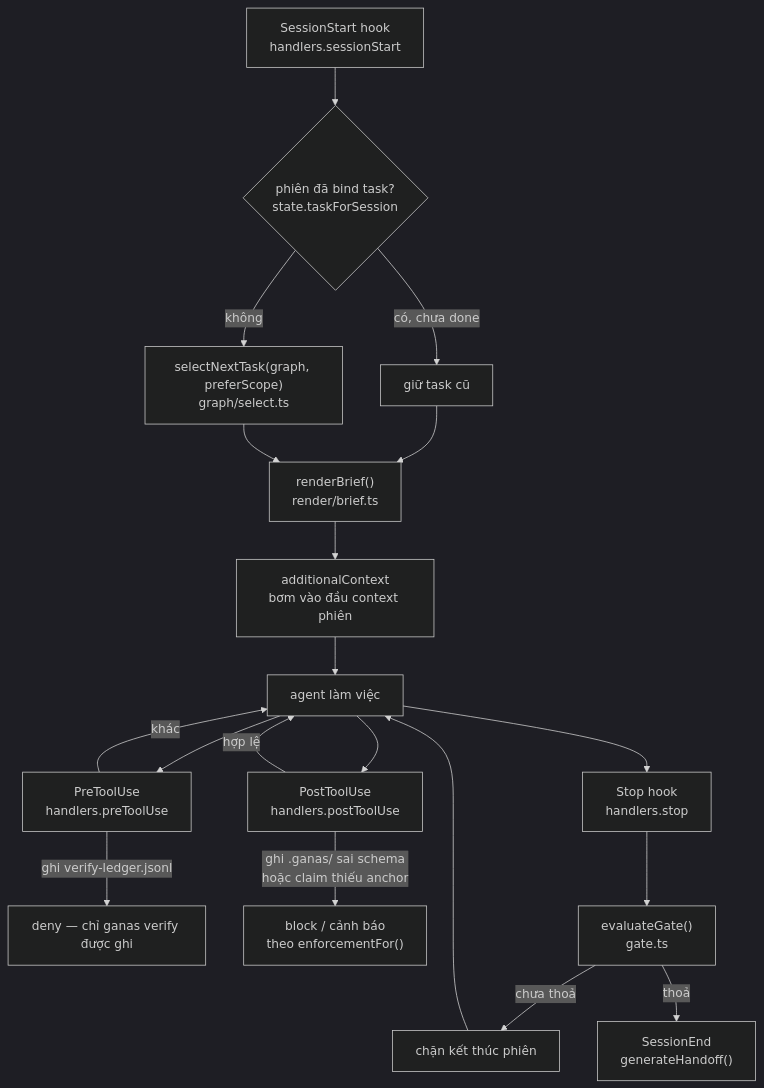
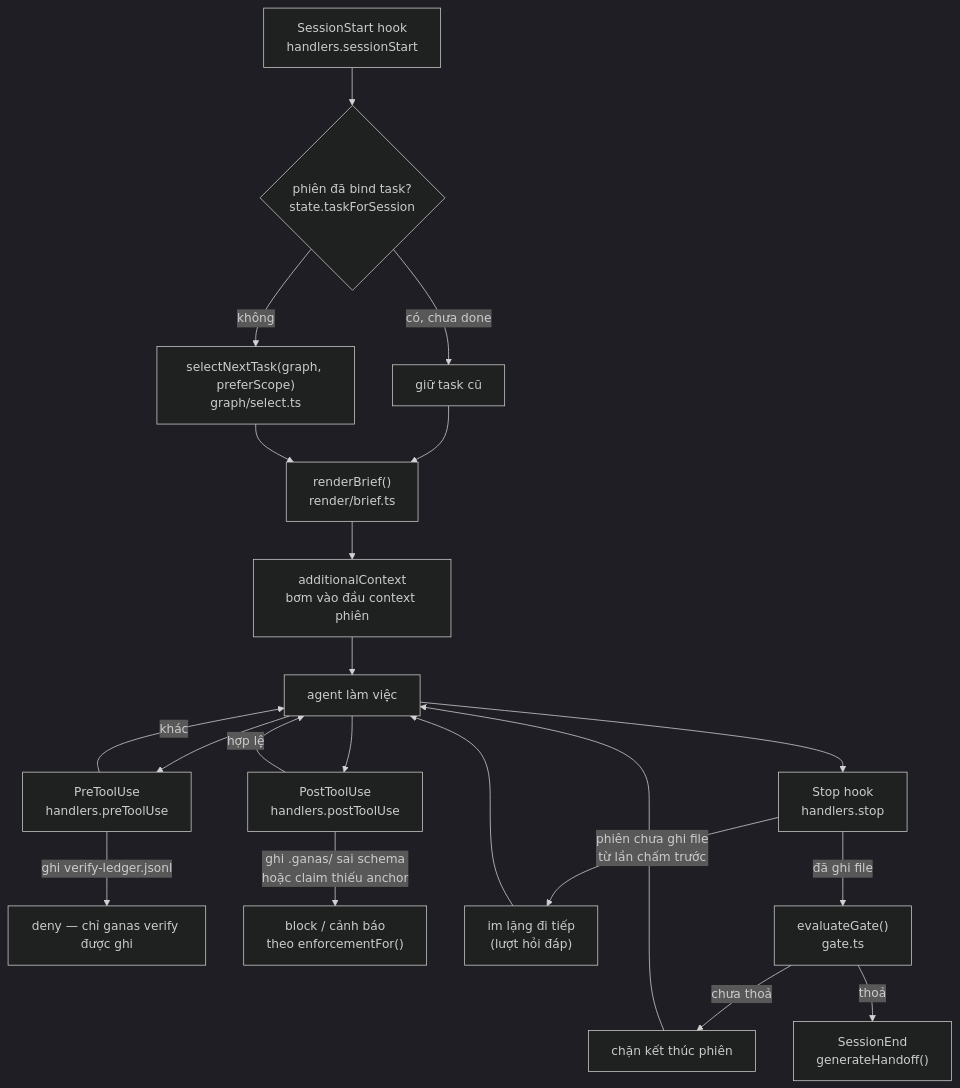
The second of 6 diagrams in docs/FLOWS.md (tienhm0202/ganas), drawn with Mermaid (dark theme) before and after one commit. The commit also changed other lines of this file and 7 other files, not shown here.

````diff
--- a/docs/FLOWS.md
+++ b/docs/FLOWS.md
@@ -71,25 +71,27 @@
 ```mermaid
 flowchart TD
   SS["SessionStart hook<br/>handlers.sessionStart"] --> BIND{"phiên đã bind task?<br/>state.taskForSession"}
   BIND -->|có, chưa done| KEEP["giữ task cũ"]
   BIND -->|không| PICK["selectNextTask(graph, preferScope)<br/>graph/select.ts"]
   KEEP --> BRIEF["renderBrief()<br/>render/brief.ts"]
   PICK --> BRIEF
   BRIEF --> CTX["additionalContext<br/>bơm vào đầu context phiên"]
 
   CTX --> WORK["agent làm việc"]
 
   WORK --> PRE["PreToolUse<br/>handlers.preToolUse"]
   PRE -->|"ghi verify-ledger.jsonl"| DENY["deny — chỉ ganas verify được ghi"]
   PRE -->|khác| WORK
 
   WORK --> POST["PostToolUse<br/>handlers.postToolUse"]
   POST -->|"ghi .ganas/ sai schema<br/>hoặc claim thiếu anchor"| WARN["block / cảnh báo<br/>theo enforcementFor()"]
   POST -->|hợp lệ| WORK
 
   WORK --> STOP["Stop hook<br/>handlers.stop"]
-  STOP --> GATE["evaluateGate()<br/>gate.ts"]
+  STOP -->|"phiên chưa ghi file<br/>từ lần chấm trước"| QUIET["im lặng đi tiếp<br/>(lượt hỏi đáp)"]
+  STOP -->|"đã ghi file"| GATE["evaluateGate()<br/>gate.ts"]
   GATE -->|chưa thoả| BLOCK["chặn kết thúc phiên"]
   GATE -->|thoả| END["SessionEnd<br/>generateHandoff()"]
   BLOCK --> WORK
+  QUIET --> WORK
 ```
````
